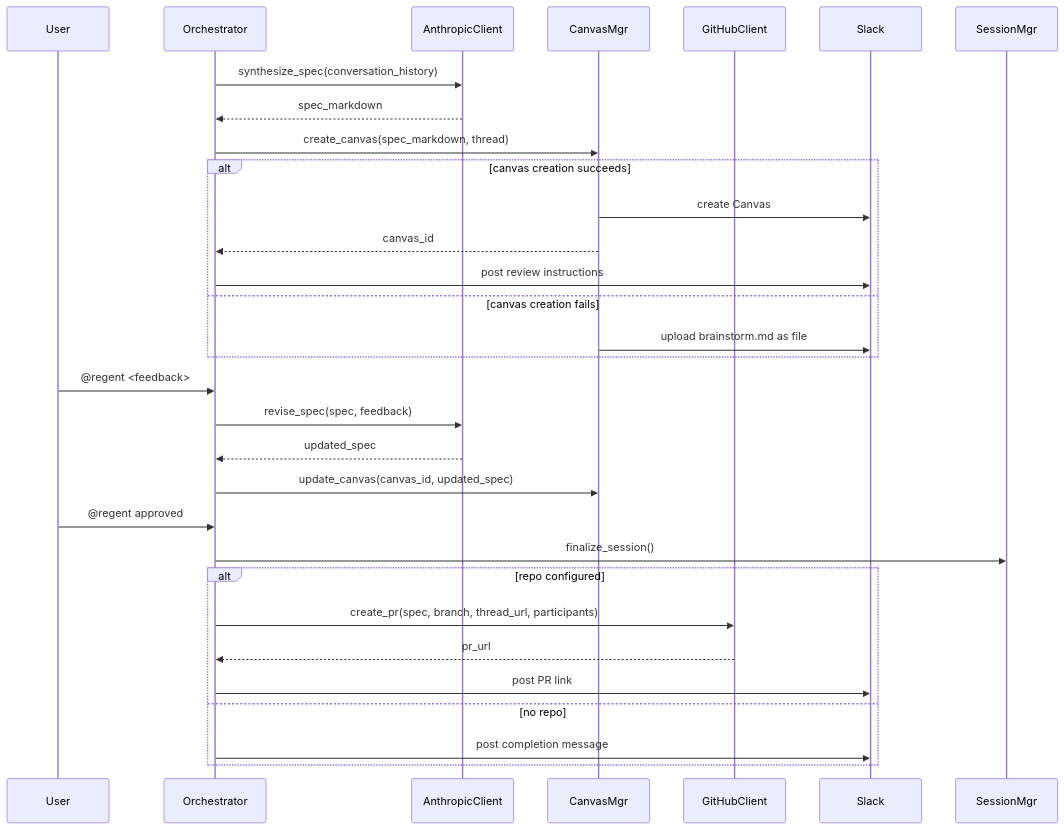
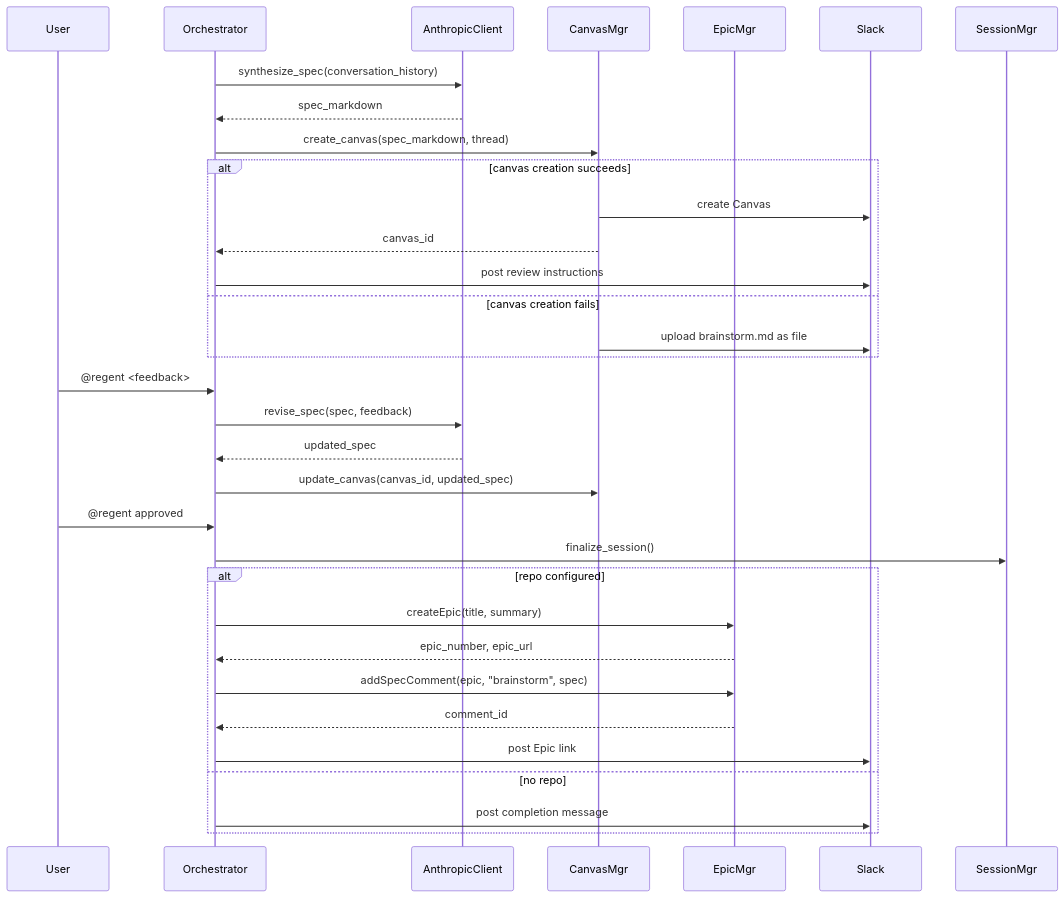
The fourth of 4 diagrams in .regent/regent-slack-bot/design.md (stickystyle/regent), drawn with Mermaid before and after one commit. The commit also changed other lines of this file and 9 other files, not shown here.

First line of the commit message:
feat(regent-slack-bot): update specs for Epic-based storage architecture

````diff
--- a/.regent/regent-slack-bot/design.md
+++ b/.regent/regent-slack-bot/design.md
@@ -136,37 +141,39 @@
 ```mermaid
 sequenceDiagram
     participant User
     participant Orchestrator
     participant AnthropicClient
     participant CanvasMgr
-    participant GitHubClient
+    participant EpicMgr
     participant Slack
 
     Orchestrator->>AnthropicClient: synthesize_spec(conversation_history)
     AnthropicClient-->>Orchestrator: spec_markdown
     Orchestrator->>CanvasMgr: create_canvas(spec_markdown, thread)
 
     alt canvas creation succeeds
         CanvasMgr->>Slack: create Canvas
         CanvasMgr-->>Orchestrator: canvas_id
         Orchestrator->>Slack: post review instructions
     else canvas creation fails
         CanvasMgr->>Slack: upload brainstorm.md as file
     end
 
     User->>Orchestrator: @regent <feedback>
     Orchestrator->>AnthropicClient: revise_spec(spec, feedback)
     AnthropicClient-->>Orchestrator: updated_spec
     Orchestrator->>CanvasMgr: update_canvas(canvas_id, updated_spec)
 
     User->>Orchestrator: @regent approved
     Orchestrator->>SessionMgr: finalize_session()
 
     alt repo configured
-        Orchestrator->>GitHubClient: create_pr(spec, branch, thread_url, participants)
-        GitHubClient-->>Orchestrator: pr_url
-        Orchestrator->>Slack: post PR link
+        Orchestrator->>EpicMgr: createEpic(title, summary)
+        EpicMgr-->>Orchestrator: epic_number, epic_url
+        Orchestrator->>EpicMgr: addSpecComment(epic, "brainstorm", spec)
+        EpicMgr-->>Orchestrator: comment_id
+        Orchestrator->>Slack: post Epic link
     else no repo
         Orchestrator->>Slack: post completion message
     end
 ```
````
